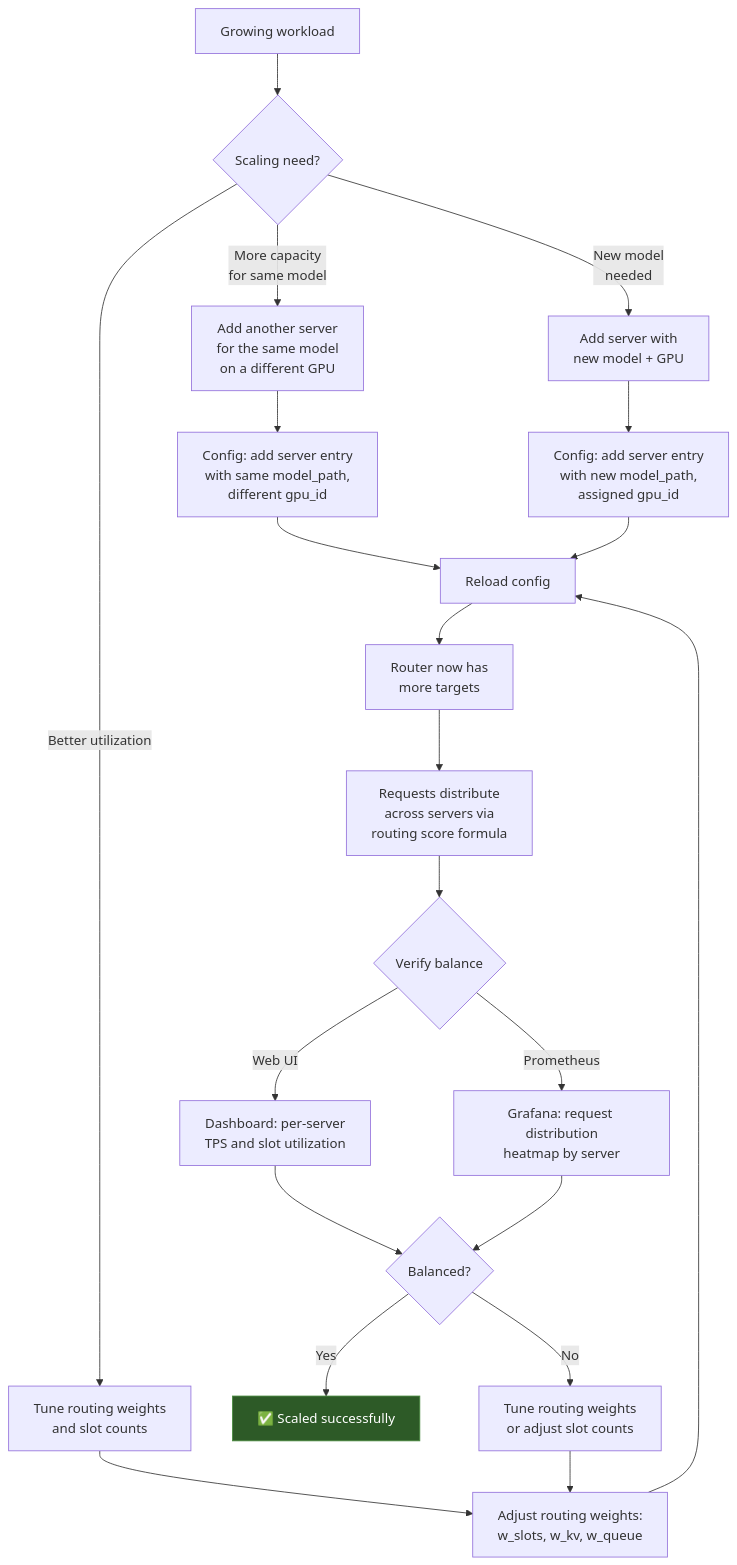
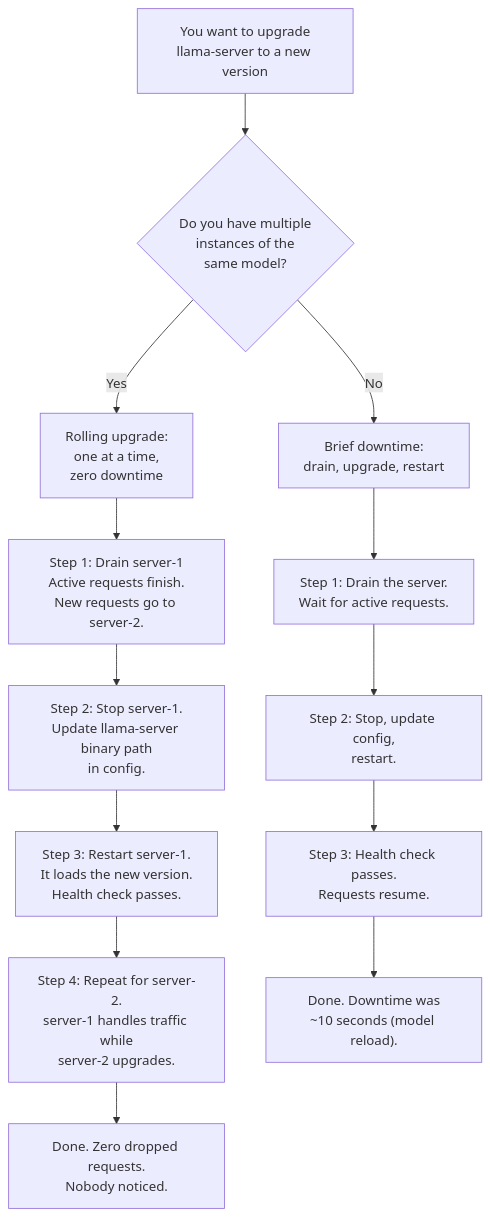
Before and after one commit to Doom325/llama-forge: diagram 12 of 16 in docs/USER_JOURNEYS.md, drawn with Mermaid. The commit also changed other lines of this file, not shown here.

````diff
--- a/docs/USER_JOURNEYS.md
+++ b/docs/USER_JOURNEYS.md
@@ -875,33 +898,18 @@
 ```mermaid
 flowchart TD
-    A["Growing workload"] --> B{"Scaling need?"}
+    A["You want to upgrade<br/>llama-server to a new version"] --> B{"Do you have multiple<br/>instances of the<br/>same model?"}
 
-    B -->|"More capacity<br/>for same model"| C["Add another server<br/>for the same model<br/>on a different GPU"]
-    B -->|"New model<br/>needed"| D["Add server with<br/>new model + GPU"]
-    B -->|"Better utilization"| E["Tune routing weights<br/>and slot counts"]
+    B -->|"Yes"| C["Rolling upgrade:<br/>one at a time,<br/>zero downtime"]
+    B -->|"No"| D["Brief downtime:<br/>drain, upgrade, restart"]
 
-    C --> F["Config: add server entry<br/>with same model_path,<br/>different gpu_id"]
-    D --> G["Config: add server entry<br/>with new model_path,<br/>assigned gpu_id"]
-    E --> H["Adjust routing weights:<br/>w_slots, w_kv, w_queue"]
+    C --> E["Step 1: Drain server-1<br/>Active requests finish.<br/>New requests go to server-2."]
+    E --> F["Step 2: Stop server-1.<br/>Update llama-server binary path<br/>in config."]
+    F --> G["Step 3: Restart server-1.<br/>It loads the new version.<br/>Health check passes."]
+    G --> H["Step 4: Repeat for server-2.<br/>server-1 handles traffic while<br/>server-2 upgrades."]
+    H --> I["Done. Zero dropped requests.<br/>Nobody noticed."]
 
-    F --> I["Reload config"]
-    G --> I
-    H --> I
-
-    I --> J["Router now has<br/>more targets"]
-
-    J --> K["Requests distribute<br/>across servers via<br/>routing score formula"]
-
-    K --> L{"Verify balance"}
-    L -->|"Web UI"| M["Dashboard: per-server<br/>TPS and slot utilization"]
-    L -->|"Prometheus"| N["Grafana: request distribution<br/>heatmap by server"]
-
-    M --> O{"Balanced?"}
-    N --> O
-
-    O -->|"Yes"| P["✅ Scaled successfully"]
-    O -->|"No"| Q["Tune routing weights<br/>or adjust slot counts"]
-    Q --> H
-
-    style P fill:#2d5a27,stroke:#4a8c3f,color:#fff
+    D --> J["Step 1: Drain the server.<br/>Wait for active requests."]
+    J --> K["Step 2: Stop, update config,<br/>restart."]
+    K --> L["Step 3: Health check passes.<br/>Requests resume."]
+    L --> M["Done. Downtime was<br/>~10 seconds (model reload)."]
 ```
````
